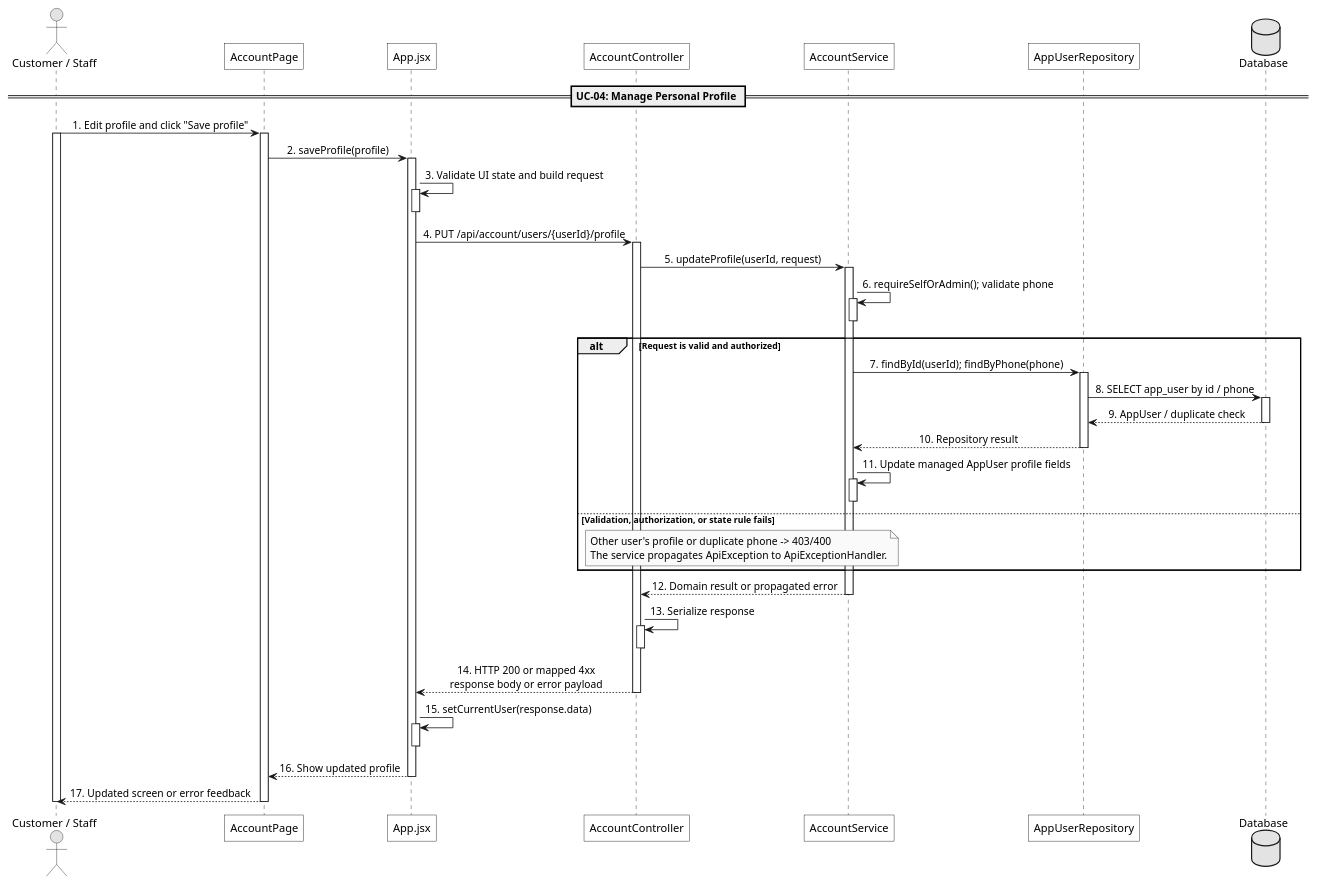
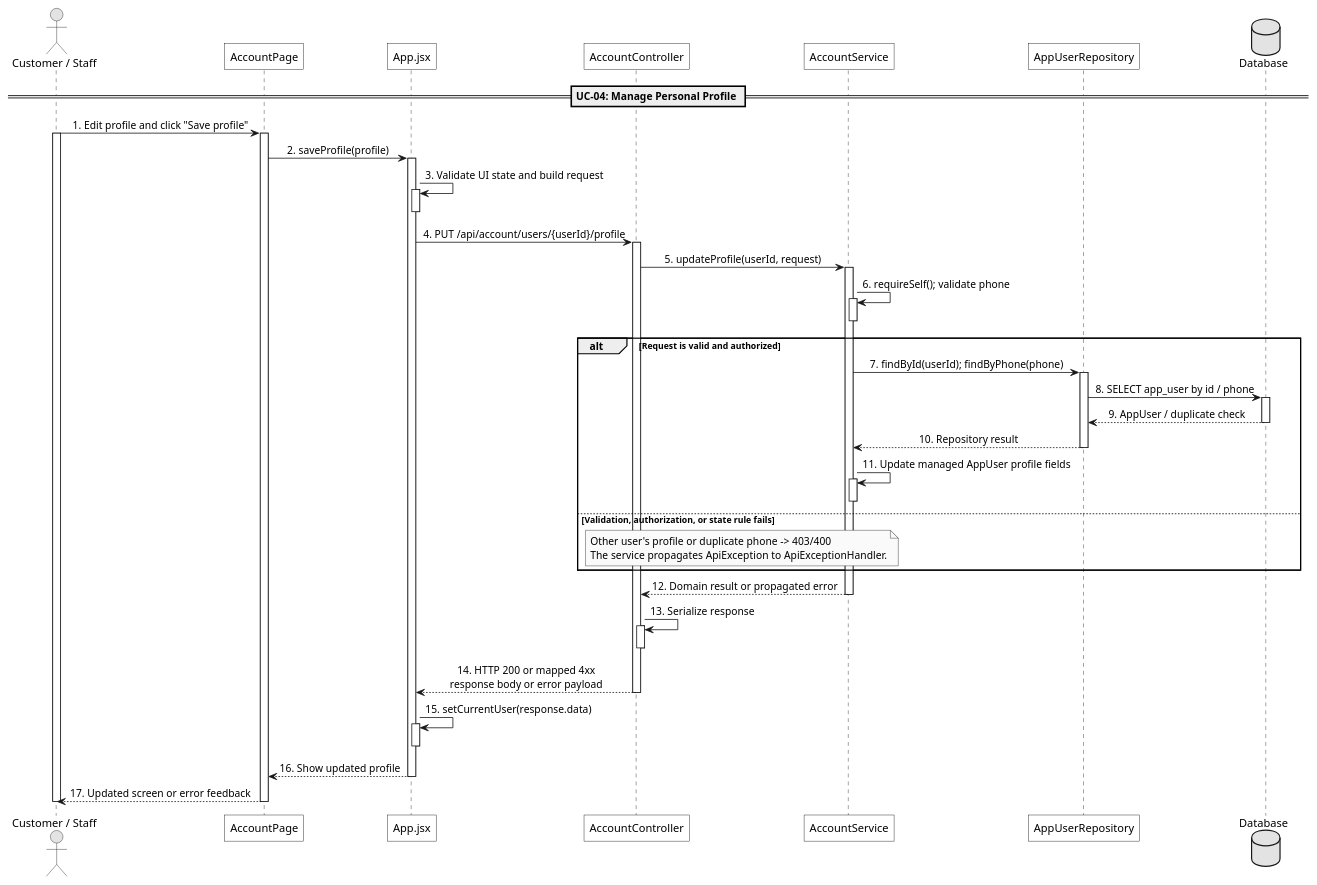
One commit to maxwell1904/SWP391_G3 changed the diagram in docs/Sequence/UC-04-manage-personal-profile.puml. Above: the diagram before and after it, drawn with PlantUML. The commit also changed 49 other files, not shown here.

```diff
--- a/docs/Sequence/UC-04-manage-personal-profile.puml
+++ b/docs/Sequence/UC-04-manage-personal-profile.puml
@@ -1,89 +1,89 @@
 @startuml
 
 skinparam monochrome true
 skinparam shadowing false
 skinparam roundcorner 0
 skinparam sequenceMessageAlign center
 skinparam responseMessageBelowArrow true
 
 skinparam participant {
   BackgroundColor white
   BorderColor black
 }
 
 actor "Customer / Staff" as User
 participant "AccountPage" as UI
 participant "App.jsx" as App
 participant "AccountController" as Controller
 participant "AccountService" as Service
 participant "AppUserRepository" as Repo
 database "Database" as DB
 
 == UC-04: Manage Personal Profile ==
 
 User -> UI : 1. Edit profile and click "Save profile"
 activate User
 activate UI
 
 UI -> App : 2. saveProfile(profile)
 activate App
 
 App -> App : 3. Validate UI state and build request
 activate App
 deactivate App
 
 App -> Controller : 4. PUT /api/account/users/{userId}/profile
 activate Controller
 
 Controller -> Service : 5. updateProfile(userId, request)
 activate Service
 
-Service -> Service : 6. requireSelfOrAdmin(); validate phone
+Service -> Service : 6. requireSelf(); validate phone
 activate Service
 deactivate Service
 
 alt Request is valid and authorized
   Service -> Repo : 7. findById(userId); findByPhone(phone)
   activate Repo
 
   Repo -> DB : 8. SELECT app_user by id / phone
   activate DB
   DB --> Repo : 9. AppUser / duplicate check
   deactivate DB
 
   Repo --> Service : 10. Repository result
   deactivate Repo
 
   Service -> Service : 11. Update managed AppUser profile fields
   activate Service
   deactivate Service
 else Validation, authorization, or state rule fails
   note over Service,Controller
     Other user's profile or duplicate phone -> 403/400
     The service propagates ApiException to ApiExceptionHandler.
   end note
 end
 
 Service --> Controller : 12. Domain result or propagated error
 deactivate Service
 
 Controller -> Controller : 13. Serialize response
 activate Controller
 deactivate Controller
 
 Controller --> App : 14. HTTP 200 or mapped 4xx\nresponse body or error payload
 deactivate Controller
 
 App -> App : 15. setCurrentUser(response.data)
 activate App
 deactivate App
 
 App --> UI : 16. Show updated profile
 deactivate App
 
 UI --> User : 17. Updated screen or error feedback
 
 deactivate UI
 deactivate User
 
 @enduml
```
